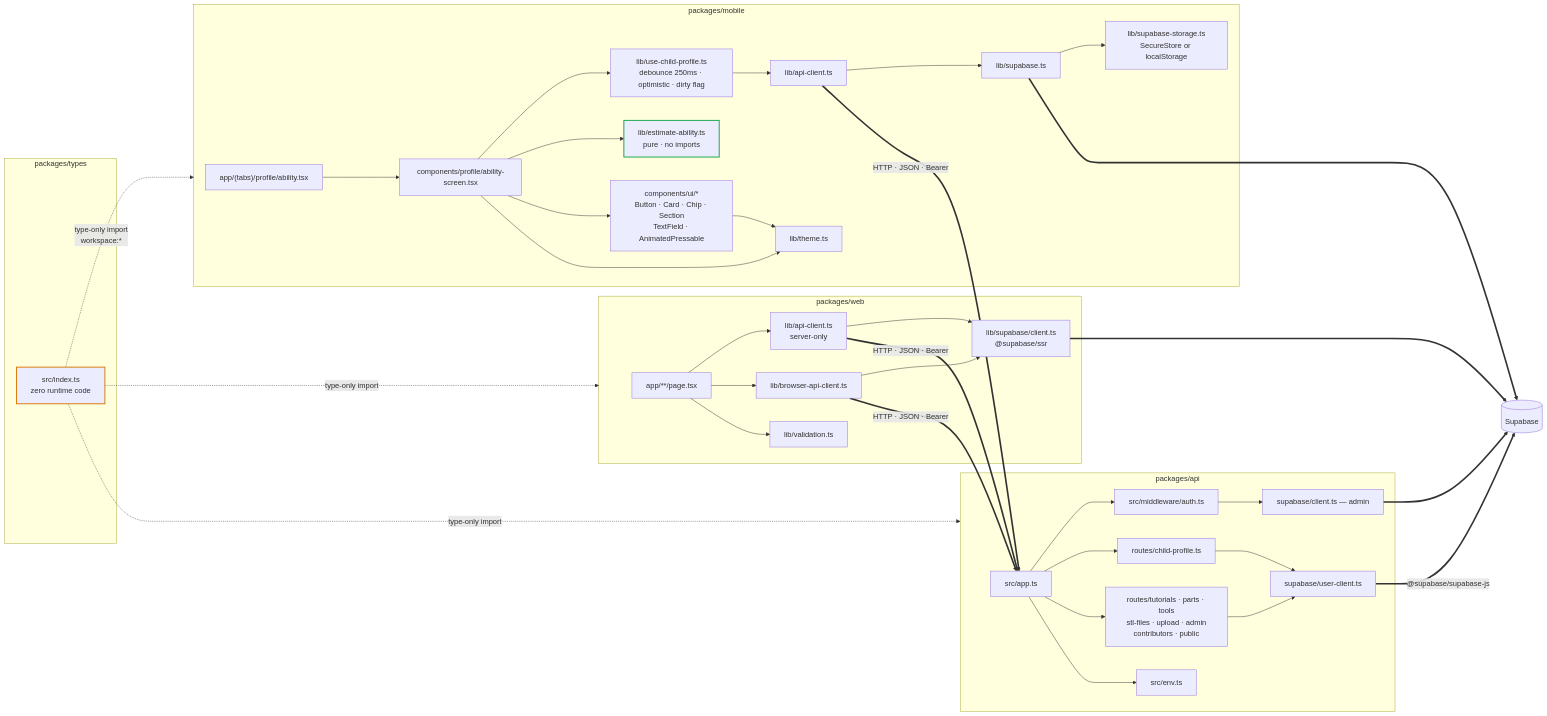
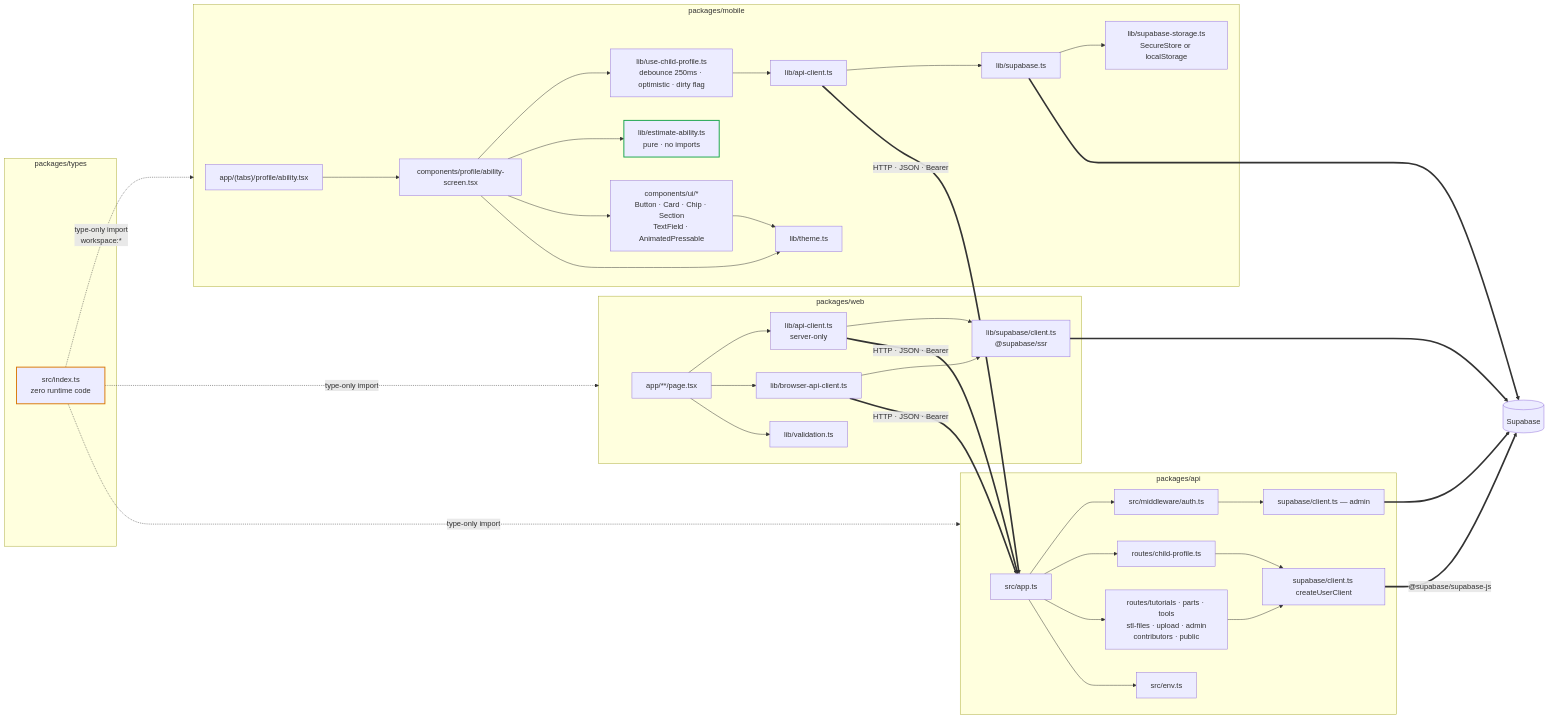
Before and after one commit to bpetselis01/splat-connect: the second of 6 diagrams in ARCHITECTURE.md, drawn with Mermaid. The commit also changed other lines of this file and 1 other file, not shown here.

````diff
--- a/ARCHITECTURE.md
+++ b/ARCHITECTURE.md
@@ -111,67 +111,67 @@
 ```mermaid
 flowchart LR
     subgraph T["packages/types"]
         TY["src/index.ts<br/>zero runtime code"]
     end
 
     subgraph M["packages/mobile"]
         MS["app/(tabs)/profile/ability.tsx"]
         AS["components/profile/ability-screen.tsx"]
         UCP["lib/use-child-profile.ts<br/>debounce 250ms · optimistic · dirty flag"]
         EA["lib/estimate-ability.ts<br/>pure · no imports"]
         MAC["lib/api-client.ts"]
         MSB["lib/supabase.ts"]
         MST["lib/supabase-storage.ts<br/>SecureStore or localStorage"]
         MTH["lib/theme.ts"]
         MUI["components/ui/*<br/>Button · Card · Chip · Section<br/>TextField · AnimatedPressable"]
 
         MS --> AS
         AS --> UCP & EA & MUI & MTH
         UCP --> MAC --> MSB --> MST
         MUI --> MTH
     end
 
     subgraph W["packages/web"]
         WP["app/**/page.tsx"]
         WSC["lib/api-client.ts<br/>server-only"]
         WBC["lib/browser-api-client.ts"]
         WSU["lib/supabase/client.ts<br/>@supabase/ssr"]
         WV["lib/validation.ts"]
         WP --> WSC & WBC & WV
         WBC --> WSU
         WSC --> WSU
     end
 
     subgraph A["packages/api"]
         AAP["src/app.ts"]
         AMW["src/middleware/auth.ts"]
         ACP["routes/child-profile.ts"]
         AOT["routes/tutorials · parts · tools<br/>stl-files · upload · admin<br/>contributors · public"]
         AAD["supabase/client.ts — admin"]
-        AUC["supabase/user-client.ts"]
+        AUC["supabase/client.ts createUserClient"]
         AEN["src/env.ts"]
 
         AAP --> AMW
         AAP --> ACP & AOT
         AMW --> AAD
         ACP --> AUC
         AOT --> AUC
         AAP --> AEN
     end
 
     MAC ==>|"HTTP · JSON · Bearer"| AAP
     WSC ==>|"HTTP · JSON · Bearer"| AAP
     WBC ==>|"HTTP · JSON · Bearer"| AAP
 
     AUC ==>|"@supabase/supabase-js"| SB[("Supabase")]
     AAD ==> SB
     MSB ==> SB
     WSU ==> SB
 
     TY -.->|"type-only import<br/>workspace:*"| M
     TY -.->|"type-only import"| W
     TY -.->|"type-only import"| A
 
     style TY stroke:#d97706,stroke-width:2px
     style EA stroke:#16a34a,stroke-width:2px
 ```
````
